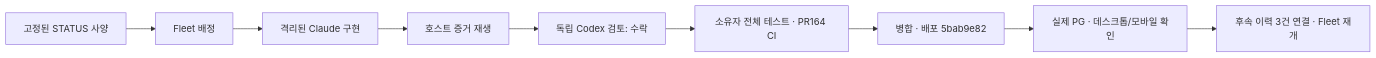
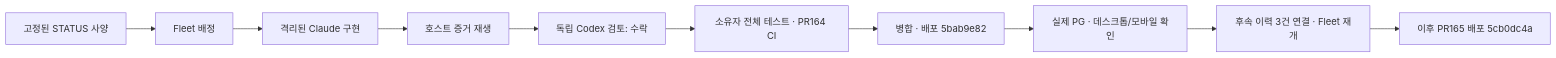
One commit to trevi00/zeus changed the diagram in docs/zeus/operations/operating-portfolio-001/RESULT.md. Above: the diagram before and after it, drawn with Mermaid. The commit also changed other lines of this file, not shown here.

````diff
--- a/docs/zeus/operations/operating-portfolio-001/RESULT.md
+++ b/docs/zeus/operations/operating-portfolio-001/RESULT.md
@@ -8,11 +9,12 @@
 ```mermaid
 flowchart LR
     A[고정된 STATUS 사양] --> B[Fleet 배정]
     B --> C[격리된 Claude 구현]
     C --> D[호스트 증거 재생]
     D --> E[독립 Codex 검토: 수락]
     E --> F[소유자 전체 테스트 · PR164 CI]
     F --> G[병합 · 배포 5bab9e82]
     G --> H[실제 PG · 데스크톱/모바일 확인]
     H --> I[후속 이력 3건 연결 · Fleet 재개]
+    I --> J[이후 PR165 배포 5cb0dc4a]
 ```
````
